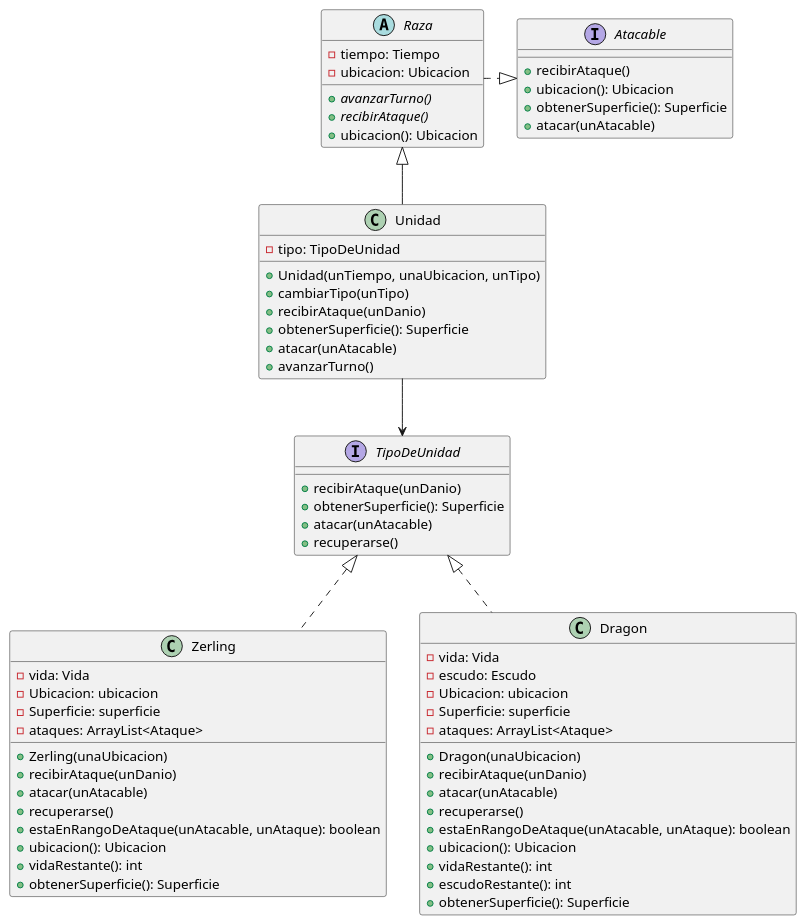
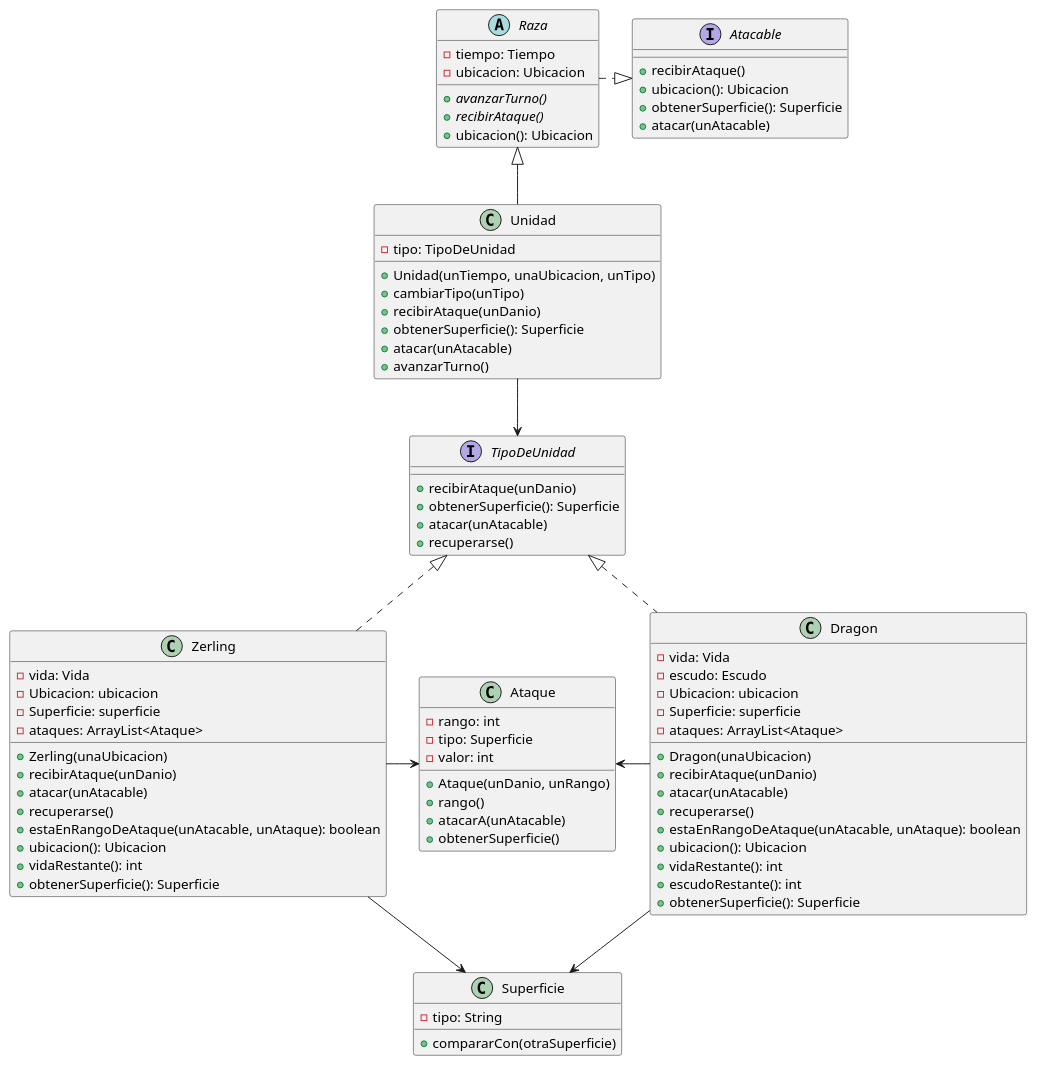
One commit to joeldevel/algo3_tp_2 changed the second of 2 diagrams in diagrams/classes/Diagramas de clase/Entrega 2/Unidades.puml. Above: the diagram before and after it, drawn with PlantUML. The commit also changed other lines of this file, not shown here.

Commit message:
Actualizacion de diagramas de clase.

```diff
--- a/diagrams/classes/Diagramas de clase/Entrega 2/Unidades.puml
+++ b/diagrams/classes/Diagramas de clase/Entrega 2/Unidades.puml
@@ -104,73 +105,92 @@
 @startuml
 
 interface Atacable {
     +recibirAtaque()
     +ubicacion(): Ubicacion
     +obtenerSuperficie(): Superficie
     +atacar(unAtacable)
 }
 
 abstract class Raza {
     -tiempo: Tiempo
     -ubicacion: Ubicacion
     +avanzarTurno() {abstract}
     +recibirAtaque() {abstract}
     +ubicacion(): Ubicacion
 }
 
 class Unidad {
     -tipo: TipoDeUnidad
     +Unidad(unTiempo, unaUbicacion, unTipo)
     +cambiarTipo(unTipo)
     +recibirAtaque(unDanio)
     +obtenerSuperficie(): Superficie
     +atacar(unAtacable)
     +avanzarTurno()
 }
 
 interface TipoDeUnidad {
     +recibirAtaque(unDanio)
     +obtenerSuperficie(): Superficie
     +atacar(unAtacable)
     +recuperarse()
 }
 
 class Zerling {
     -vida: Vida
     -Ubicacion: ubicacion
     -Superficie: superficie
     -ataques: ArrayList<Ataque>
     +Zerling(unaUbicacion)
     +recibirAtaque(unDanio)
     +atacar(unAtacable)
     +recuperarse()
     +estaEnRangoDeAtaque(unAtacable, unAtaque): boolean
     +ubicacion(): Ubicacion
     +vidaRestante(): int
     +obtenerSuperficie(): Superficie
 }
 
 class Dragon {
     -vida: Vida
     -escudo: Escudo
     -Ubicacion: ubicacion
     -Superficie: superficie
     -ataques: ArrayList<Ataque>
     +Dragon(unaUbicacion)
     +recibirAtaque(unDanio)
     +atacar(unAtacable)
     +recuperarse()
     +estaEnRangoDeAtaque(unAtacable, unAtaque): boolean
     +ubicacion(): Ubicacion
     +vidaRestante(): int
     +escudoRestante(): int
     +obtenerSuperficie(): Superficie
 }
 
+class Superficie {
+    -tipo: String
+    +compararCon(otraSuperficie)
+}
+
+class Ataque{
+    -rango: int
+    -tipo: Superficie
+    -valor: int
+    +Ataque(unDanio, unRango)
+    +rango()
+    +atacarA(unAtacable)
+    +obtenerSuperficie()
+}
+
 Raza ..right|> Atacable
 Unidad --up|> Raza
 Unidad --down> TipoDeUnidad
 Zerling ..up|> TipoDeUnidad
 Dragon ..up|> TipoDeUnidad
+Zerling -> Ataque
+Dragon -left> Ataque
+Zerling --down> Superficie
+Dragon -down> Superficie
 
 @enduml
```
